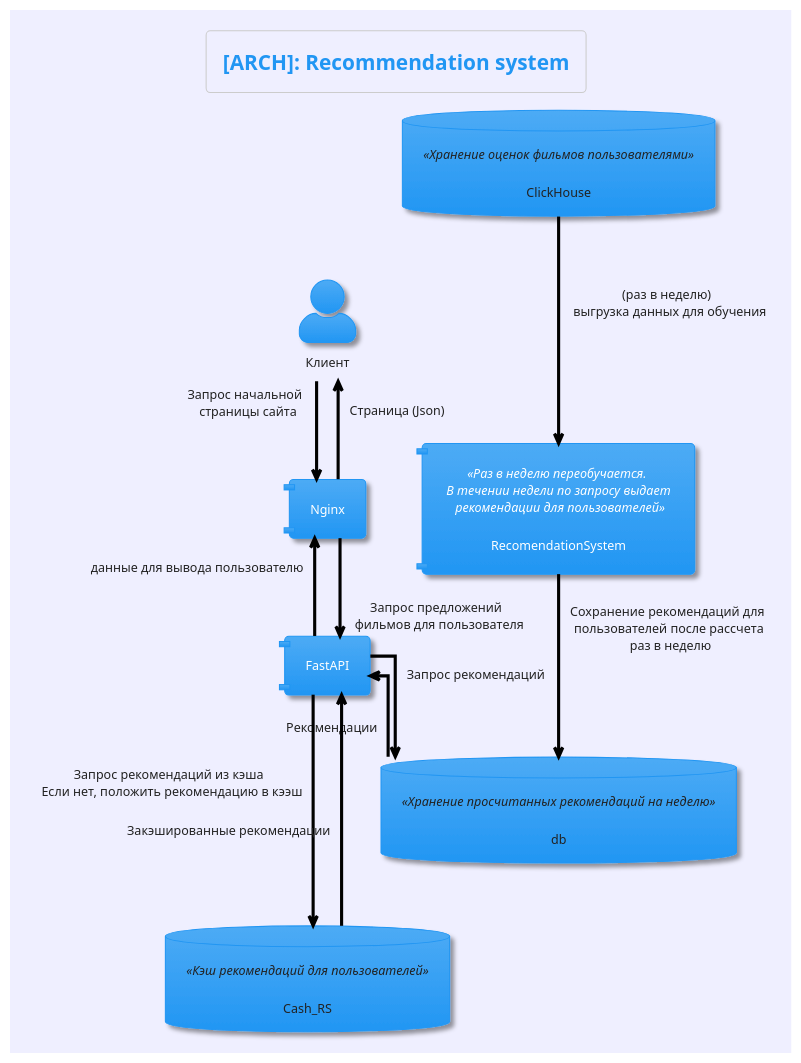
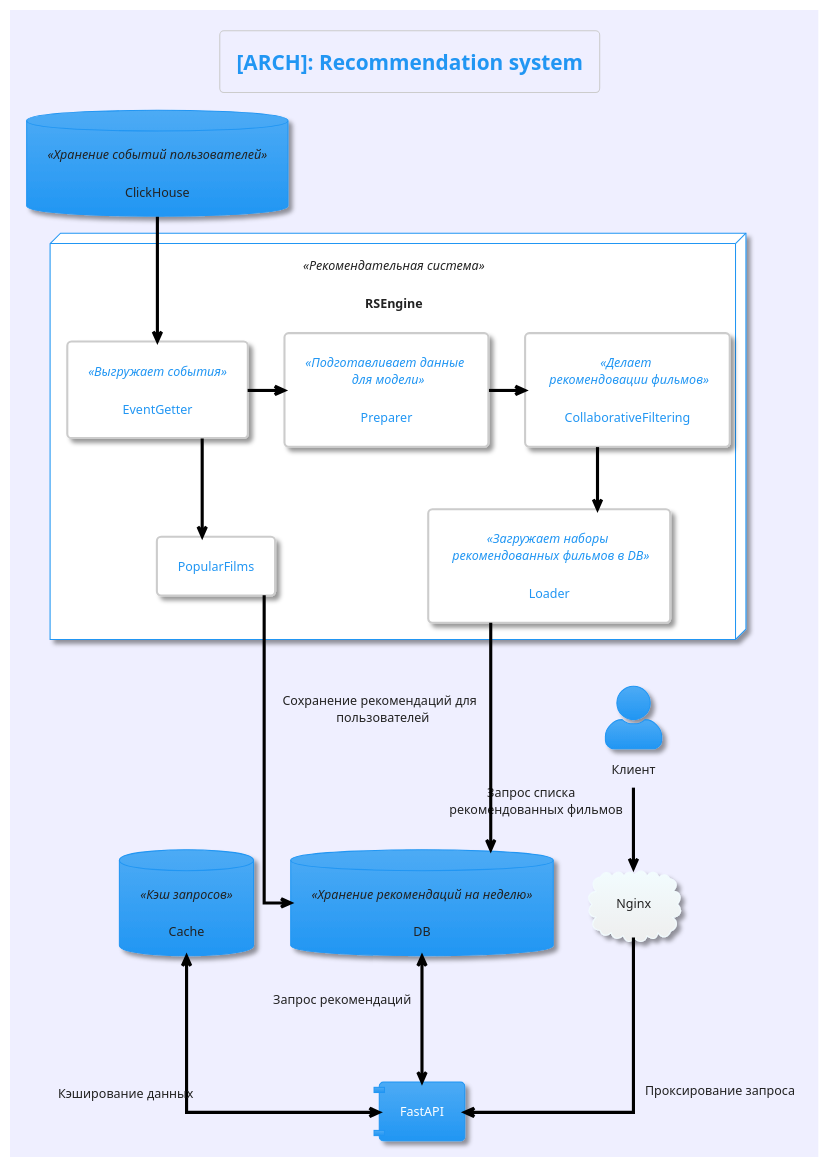
Before and after one commit to CatLecter/RS: the diagram in architecture/recsys_architecture_v1.puml, drawn with PlantUML. The commit also changed 7 other files, not shown here.

Commit message:
revision of the architecture

```diff
--- a/architecture/recsys_architecture_v1.puml
+++ b/architecture/recsys_architecture_v1.puml
@@ -1,30 +1,39 @@
 @startuml
 !theme materia
 skinparam componentStyle uml1
 skinparam backgroundColor MOTIVATION
 skinparam linetype ortho
 skinparam actorStyle awesome
 skinparam defaultTextAlignment center
 skinparam classarrowcolor Black
 skinparam SequenceMessageAlign reverseDirection
 
 title [ARCH]: Recommendation system
 
 actor Клиент as Client
 component FastAPI
-component RecomendationSystem <<Раз в неделю переобучается. \n В течении недели по запросу выдает \n рекомендации для пользователей>>
-component Nginx
-database ClickHouse <<Хранение оценок фильмов пользователями>>
-database Cash_RS <<Кэш рекомендаций для пользователей>>
-database db <<Хранение просчитанных рекомендаций на неделю>>
-Client -->Nginx: "Запрос начальной \n страницы сайта"
-Nginx --> Client: Страница (Json)
-Nginx --> FastAPI: Запрос предложений \n фильмов для пользователя
-FastAPI --> Nginx: данные для вывода пользователю
-FastAPI --> db: Запрос рекомендаций
-db --> FastAPI:Рекомендации
-RecomendationSystem -down--> db: Сохранение рекомендаций для \n пользователей после рассчета \n раз в неделю
-FastAPI -down--> Cash_RS: Запрос рекомендаций из кэша \n Если нет, положить рекомендацию в кээш
-Cash_RS --> FastAPI: Закэшированные рекомендации
-ClickHouse -down--> RecomendationSystem: (раз в неделю) \n выгрузка данных для обучения
+node RSEngine <<Рекомендательная система>> {
+    rectangle EventGetter <<Выгружает события>>
+    rectangle Preparer <<Подготавливает данные \n для модели>>
+    rectangle Loader <<Загружает наборы \n рекомендованных фильмов в DB>>
+    rectangle CollaborativeFiltering <<Делает \n рекомендовации фильмов>>
+    rectangle PopularFilms
+}
+cloud Nginx
+database ClickHouse <<Хранение событий пользователей>>
+database Cache <<Кэш запросов>>
+database DB <<Хранение рекомендаций на неделю>>
+
+Client -->Nginx: Запрос списка  \n рекомендованных фильмов
+Nginx ---> FastAPI: Проксирование запроса
+FastAPI <-up--> DB: Запрос рекомендаций
+ClickHouse --> EventGetter
+Preparer -> CollaborativeFiltering
+EventGetter -right-> Preparer
+EventGetter -down-> PopularFilms
+PopularFilms --> DB
+
+CollaborativeFiltering -down-> Loader
+Loader -down--> DB: Сохранение рекомендаций для \n пользователей
+FastAPI <-up--> Cache: Кэширование данных
 @enduml
```
